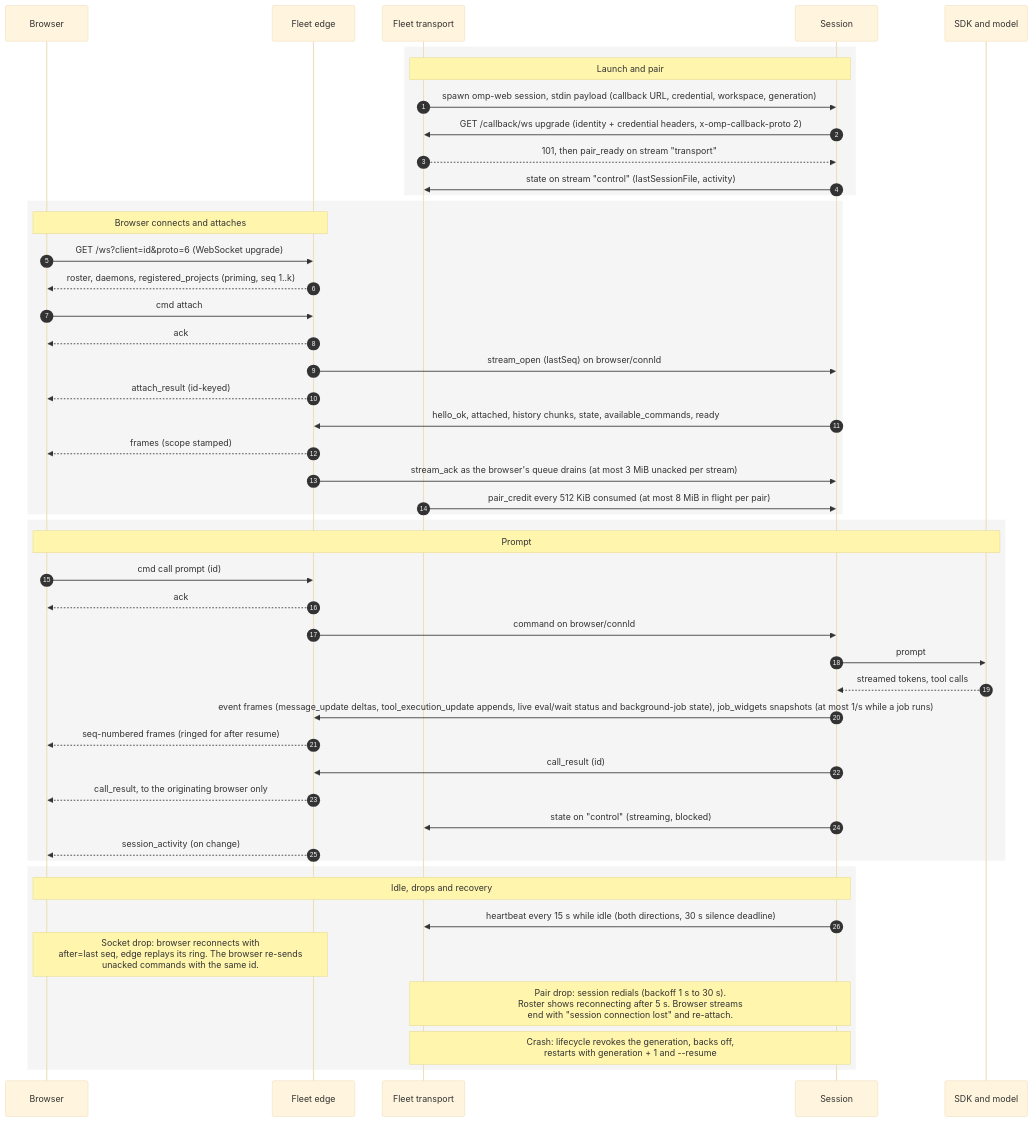
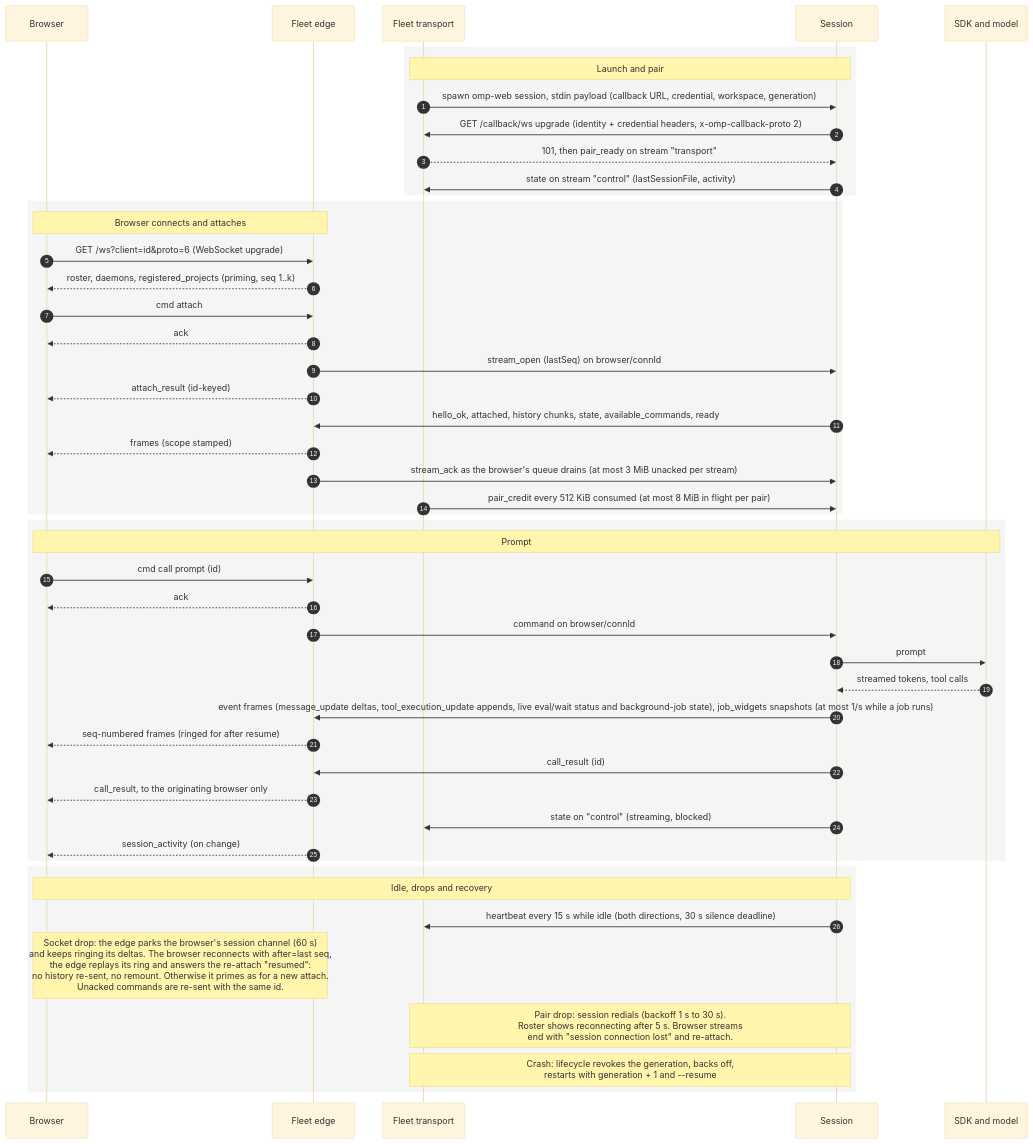
One commit to nibblebot/omp-web changed the second of 2 diagrams in docs/architecture.md. Above: the diagram before and after it, drawn with Mermaid (base theme). The commit also changed 18 other files, not shown here.

First line of the commit message:
perf(web): resume a dropped socket from the replay ring and keep the transcript mounted (7qyy, mtwr, rw47)

````diff
--- a/docs/architecture.md
+++ b/docs/architecture.md
@@ -64,54 +64,54 @@
 ```mermaid
 sequenceDiagram
   autonumber
   participant B as Browser
   participant E as Fleet edge
   participant T as Fleet transport
   participant S as Session
   participant M as SDK and model
 
   rect rgba(128,128,128,0.08)
   Note over T,S: Launch and pair
   T->>S: spawn omp-web session, stdin payload (callback URL, credential, workspace, generation)
   S->>T: GET /callback/ws upgrade (identity + credential headers, x-omp-callback-proto 2)
   T-->>S: 101, then pair_ready on stream "transport"
   S->>T: state on stream "control" (lastSessionFile, activity)
   end
 
   rect rgba(128,128,128,0.08)
   Note over B,E: Browser connects and attaches
   B->>E: GET /ws?client=id&proto=6 (WebSocket upgrade)
   E-->>B: roster, daemons, registered_projects (priming, seq 1..k)
   B->>E: cmd attach
   E-->>B: ack
   E->>S: stream_open (lastSeq) on browser/connId
   E-->>B: attach_result (id-keyed)
   S->>E: hello_ok, attached, history chunks, state, available_commands, ready
   E-->>B: frames (scope stamped)
   E->>S: stream_ack as the browser's queue drains (at most 3 MiB unacked per stream)
   T->>S: pair_credit every 512 KiB consumed (at most 8 MiB in flight per pair)
   end
 
   rect rgba(128,128,128,0.08)
   Note over B,M: Prompt
   B->>E: cmd call prompt (id)
   E-->>B: ack
   E->>S: command on browser/connId
   S->>M: prompt
   M-->>S: streamed tokens, tool calls
   S->>E: event frames (message_update deltas, tool_execution_update appends, live eval/wait status and background-job state), job_widgets snapshots (at most 1/s while a job runs)
   E-->>B: seq-numbered frames (ringed for after resume)
   S->>E: call_result (id)
   E-->>B: call_result, to the originating browser only
   S->>T: state on "control" (streaming, blocked)
   E-->>B: session_activity (on change)
   end
 
   rect rgba(128,128,128,0.08)
   Note over B,S: Idle, drops and recovery
   S->>T: heartbeat every 15 s while idle (both directions, 30 s silence deadline)
-  Note over B,E: Socket drop: browser reconnects with<br/>after=last seq, edge replays its ring. The browser re-sends<br/>unacked commands with the same id.
+  Note over B,E: Socket drop: the edge parks the browser's session channel (60 s)<br/>and keeps ringing its deltas. The browser reconnects with after=last seq,<br/>the edge replays its ring and answers the re-attach "resumed":<br/>no history re-sent, no remount. Otherwise it primes as for a new attach.<br/>Unacked commands are re-sent with the same id.
   Note over T,S: Pair drop: session redials (backoff 1 s to 30 s).<br/>Roster shows reconnecting after 5 s. Browser streams<br/>end with "session connection lost" and re-attach.
   Note over T,S: Crash: lifecycle revokes the generation, backs off,<br/>restarts with generation + 1 and --resume
   end
 ```
````
